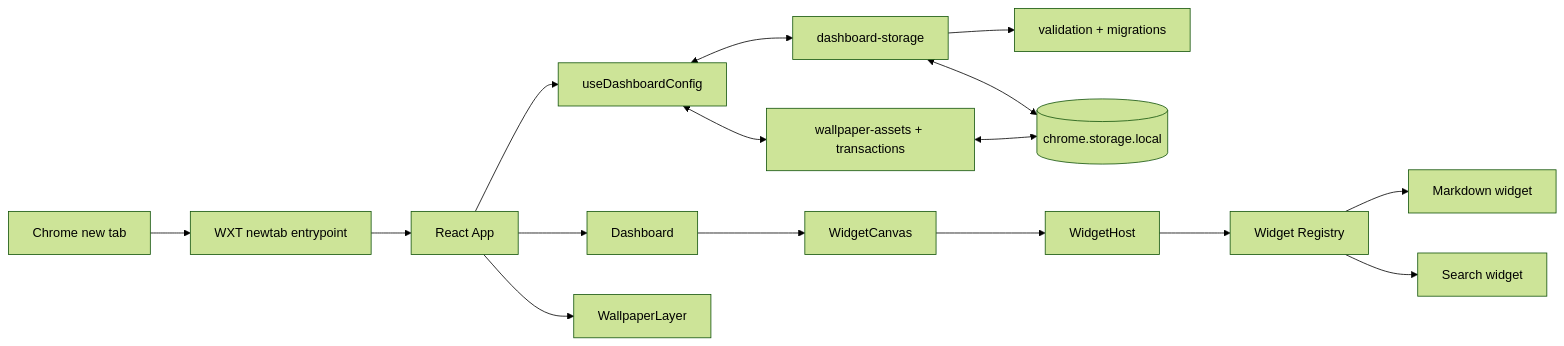
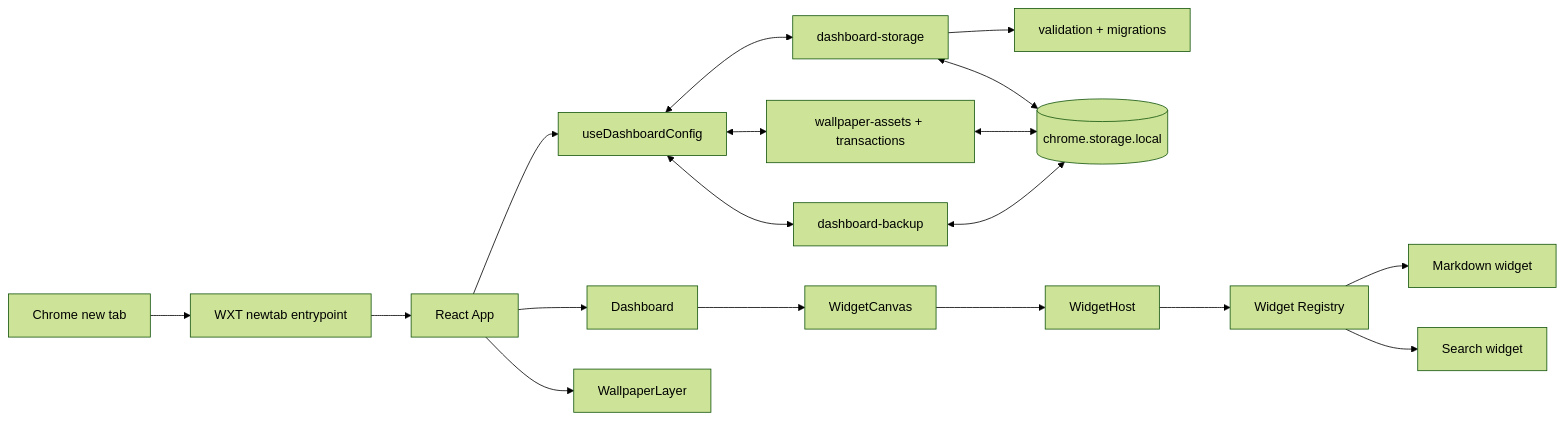
The diagram in docs/ARCHITECTURE.md (a-melchikov/chrome-start-page), drawn with Mermaid (forest theme) before and after one commit. The commit also changed other lines of this file and 15 other files, not shown here.

Commit message:
feat(backup): add dashboard import and export

````diff
--- a/docs/ARCHITECTURE.md
+++ b/docs/ARCHITECTURE.md
@@ -5,18 +5,20 @@
 ```mermaid
 flowchart LR
   Chrome[Chrome new tab] --> WXT[WXT newtab entrypoint]
   WXT --> App[React App]
   App --> Hook[useDashboardConfig]
   Hook <--> Repo[dashboard-storage]
   Hook <--> Assets[wallpaper-assets + transactions]
+  Hook <--> Backup[dashboard-backup]
   Repo --> Validate[validation + migrations]
   Repo <--> Local[(chrome.storage.local)]
   Assets <--> Local
+  Backup <--> Local
   App --> Dashboard
   App --> Wallpaper[WallpaperLayer]
   Dashboard --> Grid[WidgetCanvas]
   Grid --> Host[WidgetHost]
   Host --> Registry[Widget Registry]
   Registry --> Markdown[Markdown widget]
   Registry --> Search[Search widget]
 ```
````
